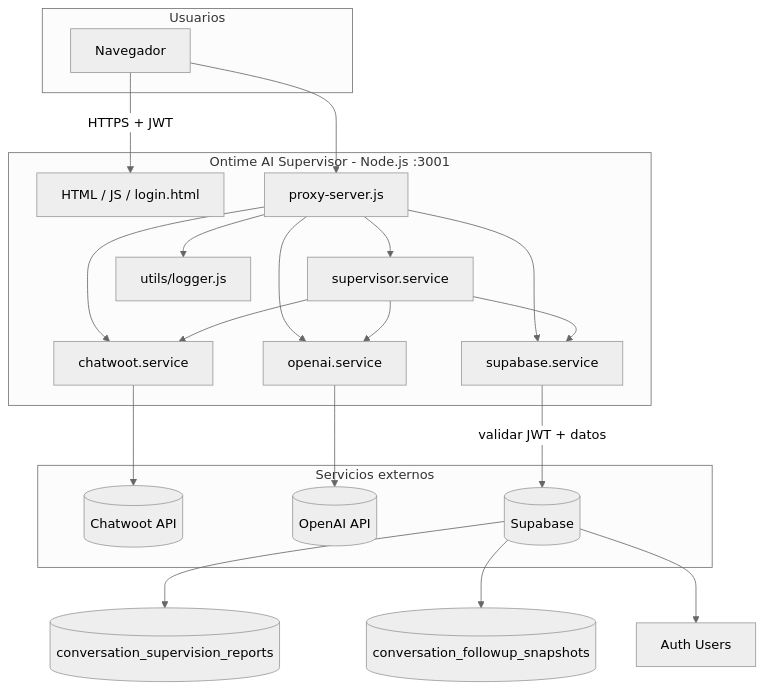
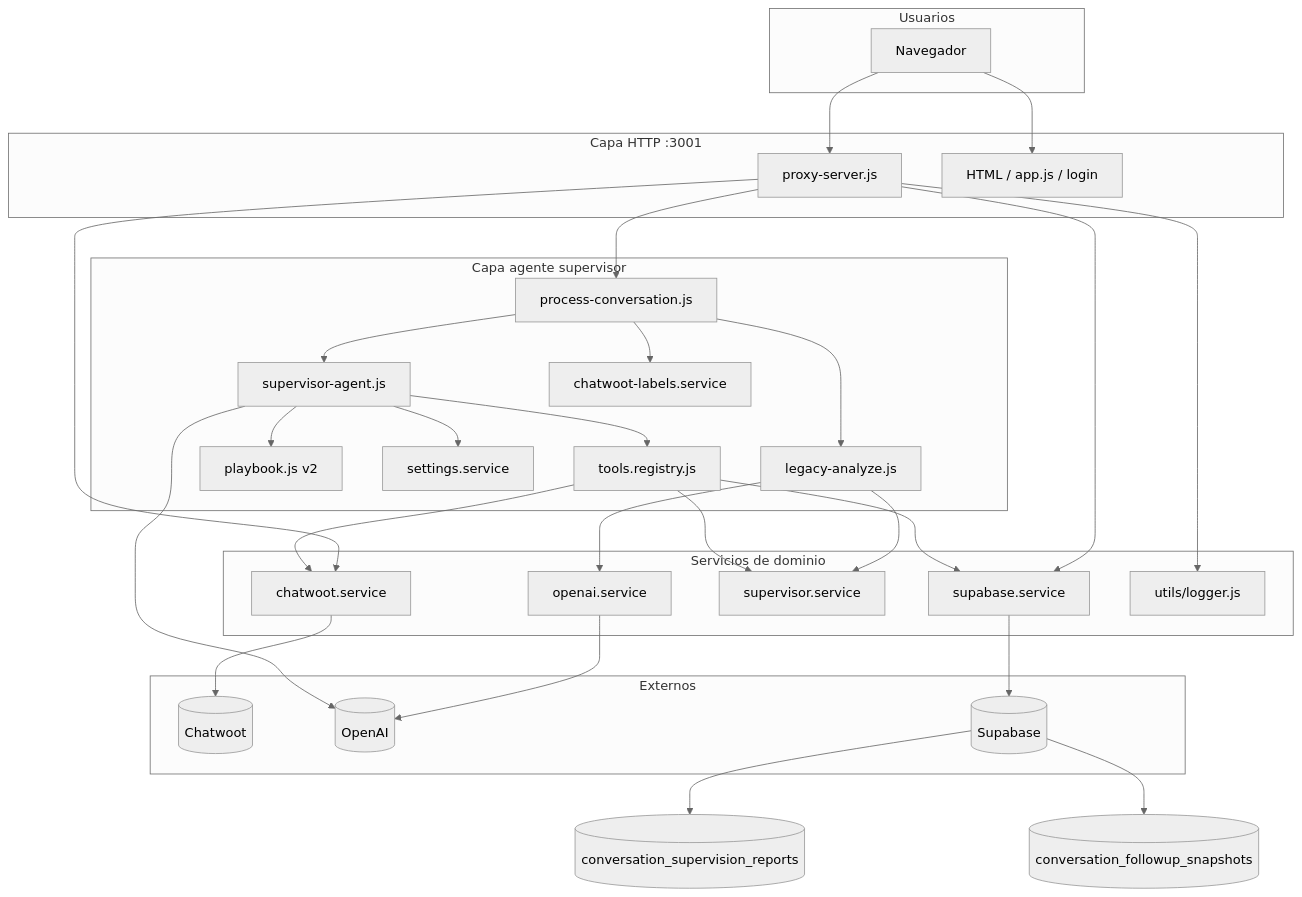
Before and after one commit to dajosava/ontime_aisupervisor: the first of 4 diagrams in README.md, drawn with Mermaid (neutral theme). The commit also changed other lines of this file and 28 other files, not shown here.

````diff
--- a/README.md
+++ b/README.md
@@ -52,41 +69,60 @@
 ```mermaid
 flowchart TB
   subgraph users [Usuarios]
     Browser[Navegador]
   end
 
-  subgraph app [Ontime AI Supervisor - Node.js :3001]
-    Static[HTML / JS / login.html]
+  subgraph http [Capa HTTP :3001]
     Proxy[proxy-server.js]
+    Static[HTML / app.js / login]
+  end
+
+  subgraph agent_layer [Capa agente supervisor]
+    Process[process-conversation.js]
+    Agent[supervisor-agent.js]
+    Tools[tools.registry.js]
+    Playbook[playbook.js v2]
+    Settings[settings.service]
+    Labels[chatwoot-labels.service]
+    Legacy[legacy-analyze.js]
+  end
+
+  subgraph services [Servicios de dominio]
     CWService[chatwoot.service]
+    SBService[supabase.service]
     SupService[supervisor.service]
     OAIService[openai.service]
-    SBService[supabase.service]
     Logger[utils/logger.js]
   end
 
-  subgraph external [Servicios externos]
-    CW[(Chatwoot API)]
-    OAI[(OpenAI API)]
+  subgraph external [Externos]
+    CW[(Chatwoot)]
+    OAI[(OpenAI)]
     SB[(Supabase)]
   end
 
-  Browser -->|HTTPS + JWT| Static
   Browser --> Proxy
+  Browser --> Static
+  Proxy --> Process
+  Process --> Agent
+  Process --> Legacy
+  Process --> Labels
+  Agent --> Tools
+  Agent --> Playbook
+  Agent --> Settings
+  Agent --> OAI
+  Tools --> CWService
+  Tools --> SBService
+  Tools --> SupService
+  Legacy --> OAIService
+  Legacy --> SupService
   Proxy --> CWService
-  Proxy --> SupService
-  Proxy --> OAIService
   Proxy --> SBService
   Proxy --> Logger
-
   CWService --> CW
+  SBService --> SB
   OAIService --> OAI
-  SBService -->|validar JWT + datos| SB
-  SupService --> CWService
-  SupService --> SBService
-  SupService --> OAIService
 
   SB --> Reports[(conversation_supervision_reports)]
   SB --> Snapshots[(conversation_followup_snapshots)]
-  SB --> AuthUsers[Auth Users]
 ```
````
